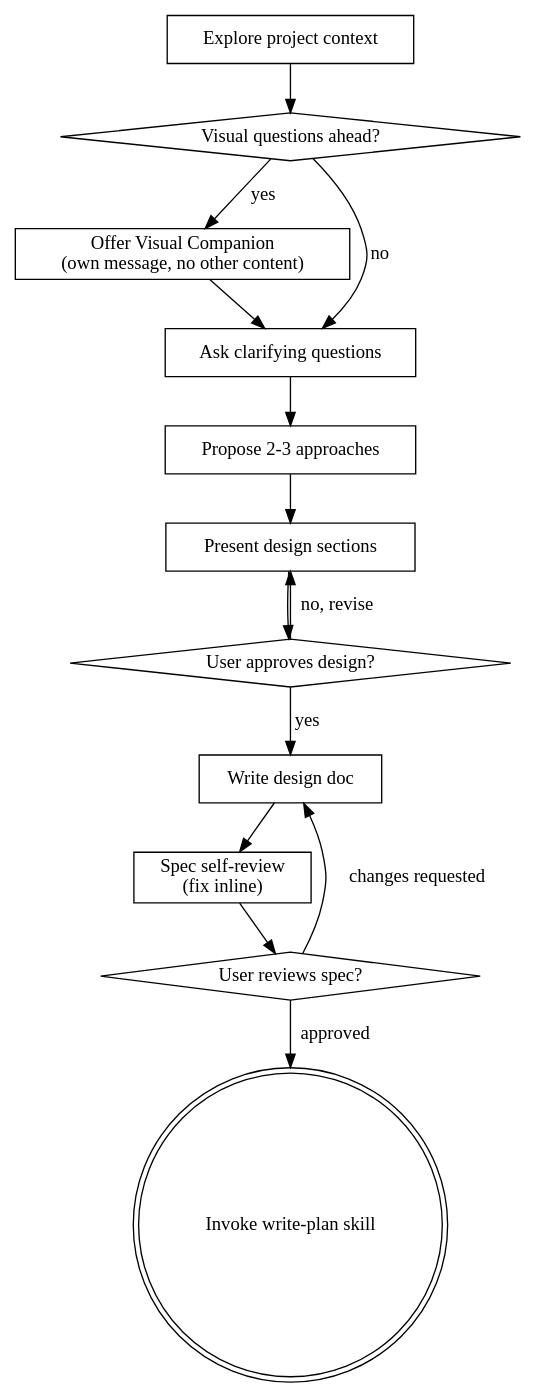
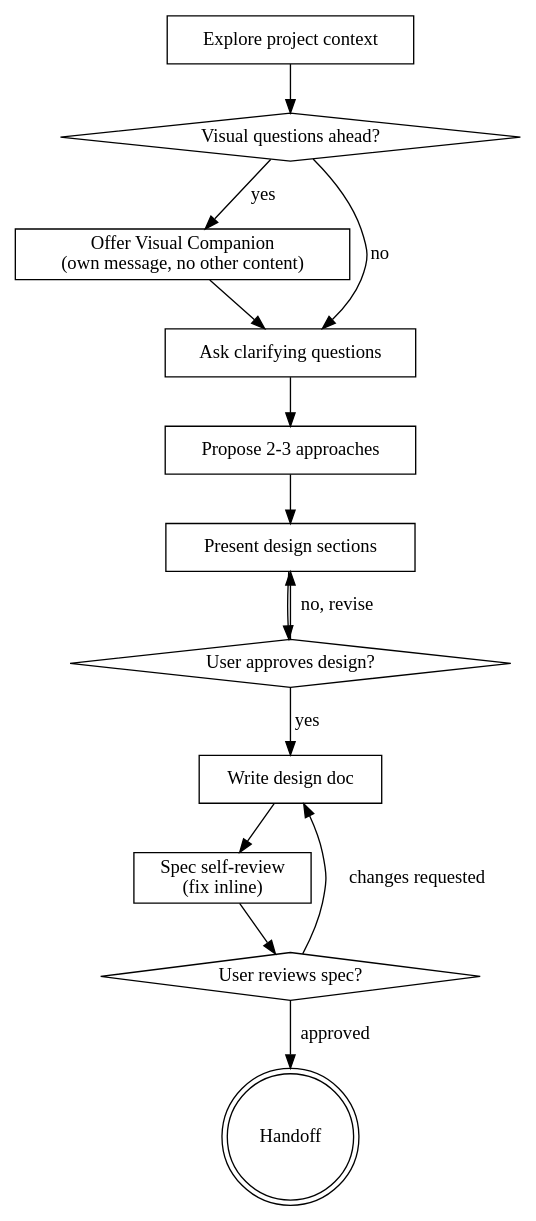
The diagram in sdlc/claude/brainstorm.md (ayberkcansever/ai-skills), drawn with Graphviz before and after one commit. The commit also changed other lines of this file and 10 other files, not shown here.

First line of the commit message:
fix(sdlc): nest write-plan and review; fail-closed Depends-on omit

````diff
--- a/sdlc/claude/brainstorm.md
+++ b/sdlc/claude/brainstorm.md
@@ -31,29 +31,29 @@
 ```dot
 digraph brainstorming {
     "Explore project context" [shape=box];
     "Visual questions ahead?" [shape=diamond];
     "Offer Visual Companion\n(own message, no other content)" [shape=box];
     "Ask clarifying questions" [shape=box];
     "Propose 2-3 approaches" [shape=box];
     "Present design sections" [shape=box];
     "User approves design?" [shape=diamond];
     "Write design doc" [shape=box];
     "Spec self-review\n(fix inline)" [shape=box];
     "User reviews spec?" [shape=diamond];
-    "Invoke write-plan skill" [shape=doublecircle];
+    "Handoff" [shape=doublecircle];
 
     "Explore project context" -> "Visual questions ahead?";
     "Visual questions ahead?" -> "Offer Visual Companion\n(own message, no other content)" [label="yes"];
     "Visual questions ahead?" -> "Ask clarifying questions" [label="no"];
     "Offer Visual Companion\n(own message, no other content)" -> "Ask clarifying questions";
     "Ask clarifying questions" -> "Propose 2-3 approaches";
     "Propose 2-3 approaches" -> "Present design sections";
     "Present design sections" -> "User approves design?";
     "User approves design?" -> "Present design sections" [label="no, revise"];
     "User approves design?" -> "Write design doc" [label="yes"];
     "Write design doc" -> "Spec self-review\n(fix inline)";
     "Spec self-review\n(fix inline)" -> "User reviews spec?";
     "User reviews spec?" -> "Write design doc" [label="changes requested"];
-    "User reviews spec?" -> "Invoke write-plan skill" [label="approved"];
+    "User reviews spec?" -> "Handoff" [label="approved"];
 }
 ```
````
